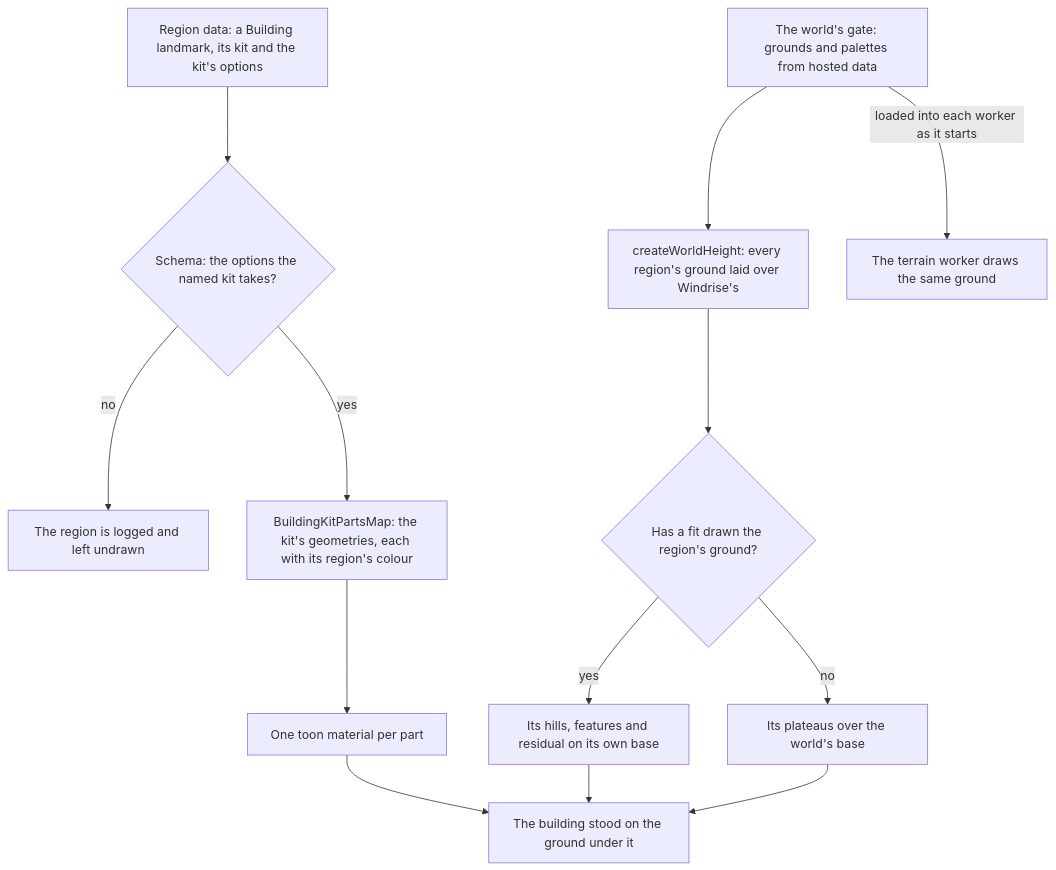
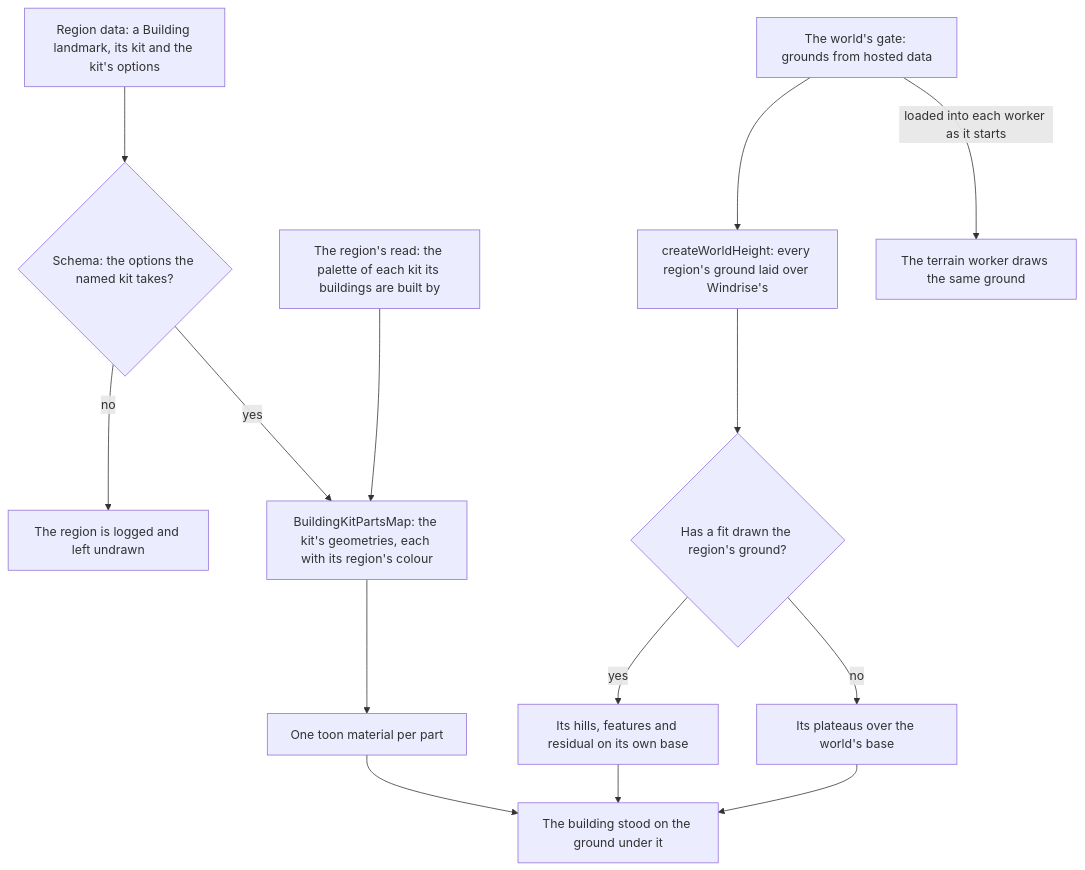
Before and after one commit to Esposter/Esposter: the diagram in apps/web/content/docs/genshin/region-buildings.md, drawn with Mermaid. The commit also changed other lines of this file and 12 other files, not shown here.

First line of the commit message:
perf(genshin-world): each region reads its kits' palettes with its data as it comes within reach, so the world's gate reads none

````diff
--- a/apps/web/content/docs/genshin/region-buildings.md
+++ b/apps/web/content/docs/genshin/region-buildings.md
@@ -12,15 +12,16 @@
 ```mermaid
 flowchart TD
   RD["Region data: a Building landmark, its kit and the kit's options"] --> SC{"Schema: the options the named kit takes?"}
   SC -->|no| ERR[The region is logged and left undrawn]
   SC -->|yes| MAP["BuildingKitPartsMap: the kit's geometries, each with its region's colour"]
+  PAL["The region's read: the palette of each kit its buildings are built by"] --> MAP
   MAP --> MAT[One toon material per part]
-  GD["The world's gate: grounds and palettes from hosted data"] --> G
+  GD["The world's gate: grounds from hosted data"] --> G
   G["createWorldHeight: every region's ground laid over Windrise's"] --> F{"Has a fit drawn the region's ground?"}
   F -->|"yes"| FH["Its hills, features and residual on its own base"]
   F -->|"no"| PL["Its plateaus over the world's base"]
   FH --> POS[The building stood on the ground under it]
   PL --> POS
   MAT --> POS
   GD -->|"loaded into each worker as it starts"| WK[The terrain worker draws the same ground]
 ```
````
